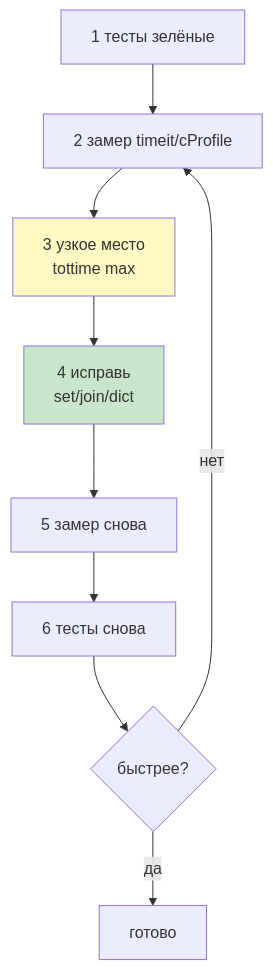
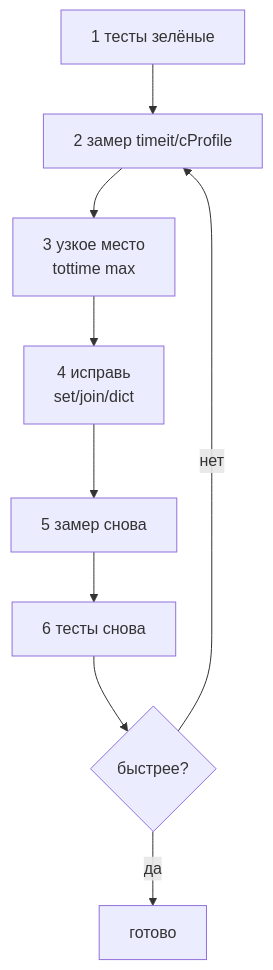
The fourth of 4 diagrams in 02_Курсы/01. Инженерные практики Python/01_Лекции/10. Сложность и производительность.md (JayStorm228/College), drawn with Mermaid before and after one commit. The commit also changed other lines of this file and 30 other files, not shown here.

First line of the commit message:
переименование NumPy лекций под академические заголовки + стандартные диаграммы

````diff
--- a/02_Курсы/01. Инженерные практики Python/01_Лекции/10. Сложность и производительность.md
+++ b/02_Курсы/01. Инженерные практики Python/01_Лекции/10. Сложность и производительность.md
@@ -202,13 +199,11 @@
 ```mermaid
 flowchart TD
   A[1 тесты зелёные] --> B[2 замер timeit/cProfile]
   B --> C[3 узкое место<br>tottime max]
   C --> D[4 исправь<br>set/join/dict]
   D --> E[5 замер снова]
   E --> F[6 тесты снова]
   F --> G{быстрее?}
   G -- нет --> B
   G -- да --> H[готово]
-  style C fill:#fff9c4
-  style D fill:#c8e6c9
 ```
````
